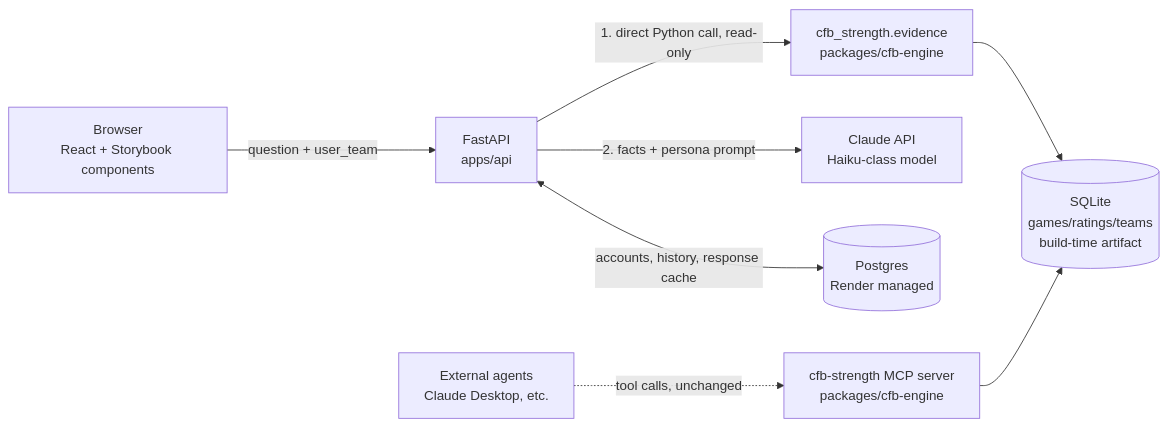
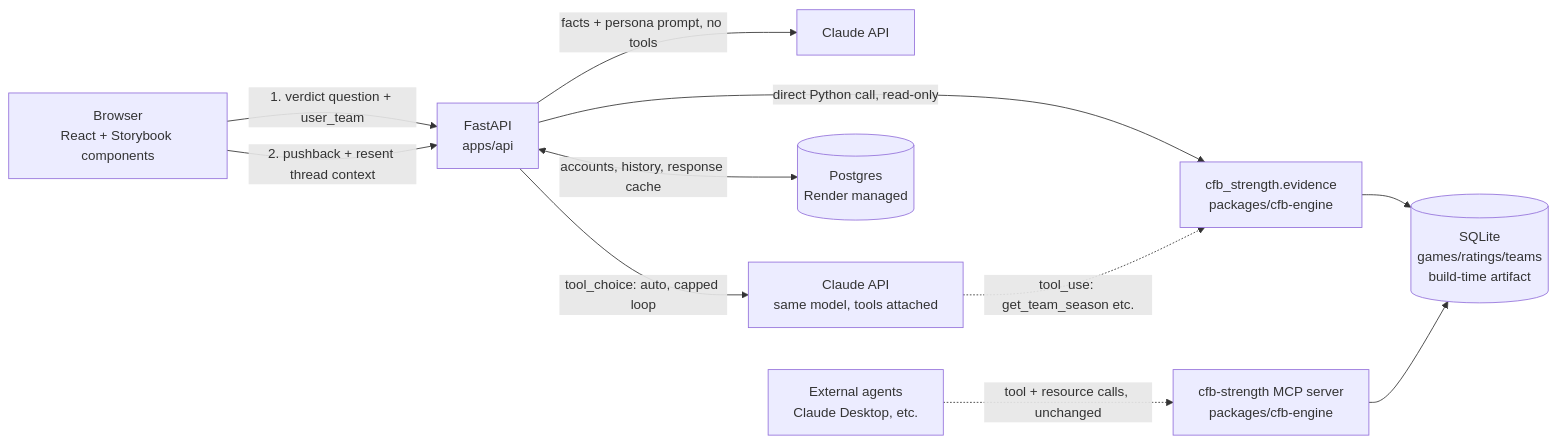
Before and after one commit to daveharmswebdev/my-team-is-better: the diagram in docs/ARCHITECTURE.md, drawn with Mermaid. The commit also changed other lines of this file and 1 other file, not shown here.

First line of the commit message:
Add bounded pushback/debate mode: real tool-calling for follow-up questions

````diff
--- a/docs/ARCHITECTURE.md
+++ b/docs/ARCHITECTURE.md
@@ -15,10 +15,13 @@
 ```mermaid
 flowchart LR
-    U[Browser<br/>React + Storybook components] -->|question + user_team| API[FastAPI<br/>apps/api]
-    API -->|1. direct Python call, read-only| ENGINE[cfb_strength.evidence<br/>packages/cfb-engine]
+    U[Browser<br/>React + Storybook components] -->|1. verdict question + user_team| API[FastAPI<br/>apps/api]
+    API -->|direct Python call, read-only| ENGINE[cfb_strength.evidence<br/>packages/cfb-engine]
     ENGINE --> DB[(SQLite<br/>games/ratings/teams<br/>build-time artifact)]
-    API -->|2. facts + persona prompt| CLAUDE[Claude API<br/>Haiku-class model]
+    API -->|facts + persona prompt, no tools| CLAUDE[Claude API]
+    U -->|2. pushback + resent thread context| API
+    API -->|tool_choice: auto, capped loop| CLAUDE2[Claude API<br/>same model, tools attached]
+    CLAUDE2 -.->|tool_use: get_team_season etc.| ENGINE
     API <-->|accounts, history, response cache| PG[(Postgres<br/>Render managed)]
-    AGENT[External agents<br/>Claude Desktop, etc.] -.->|tool calls, unchanged| MCP[cfb-strength MCP server<br/>packages/cfb-engine]
+    AGENT[External agents<br/>Claude Desktop, etc.] -.->|tool + resource calls, unchanged| MCP[cfb-strength MCP server<br/>packages/cfb-engine]
     MCP --> DB
 ```
````
